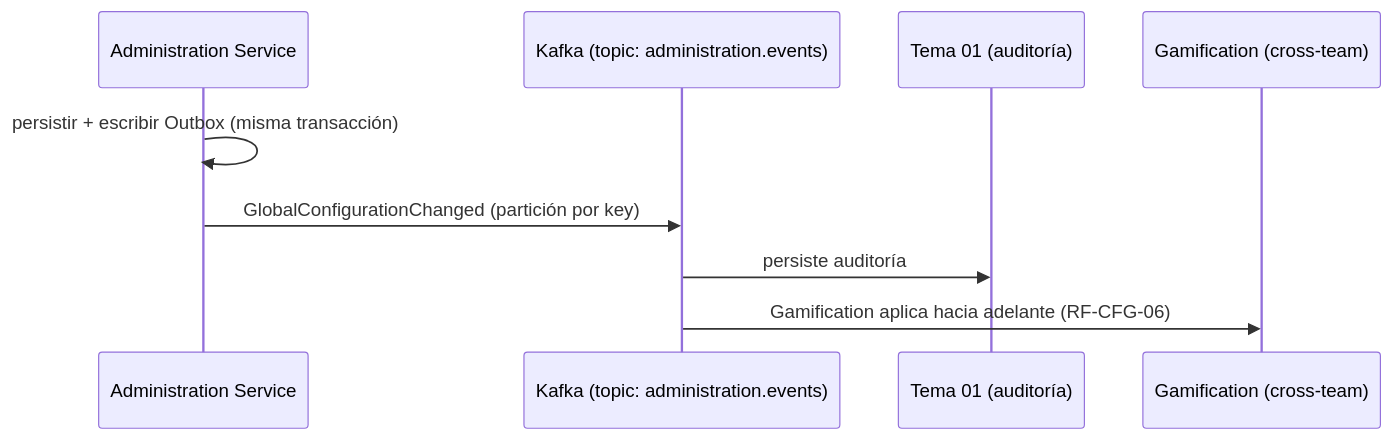
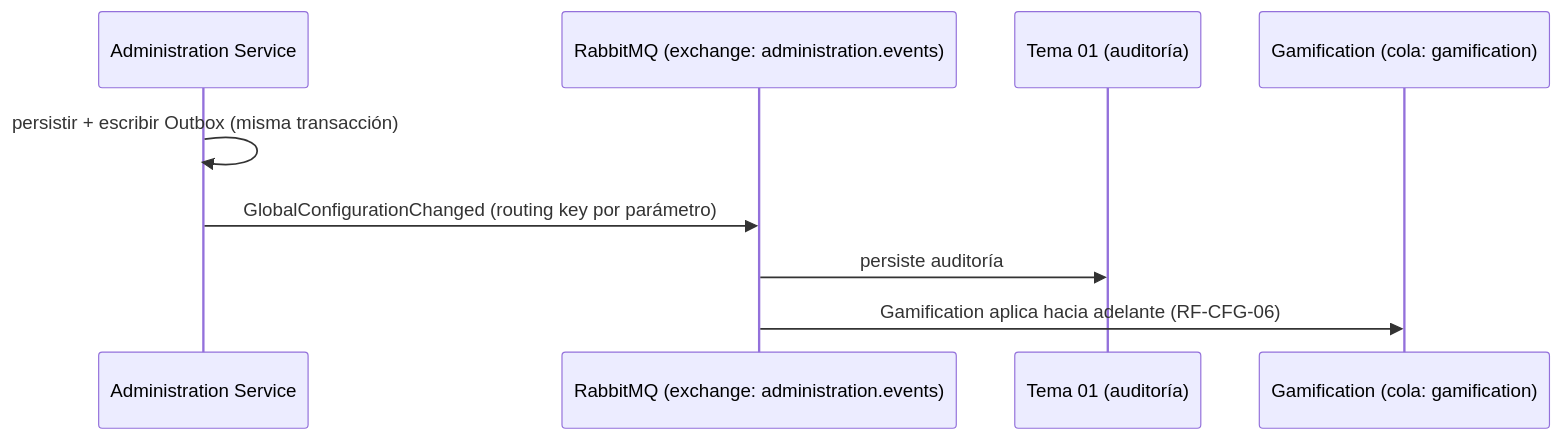
The third of 6 diagrams in docs/backend/arquitectura/comunicacion.md (2W2-114324-Carballo-Juarez-Mateo/backoffice-docs), drawn with Mermaid before and after one commit. The commit also changed other lines of this file and 18 other files, not shown here.

````diff
--- a/docs/backend/arquitectura/comunicacion.md
+++ b/docs/backend/arquitectura/comunicacion.md
@@ -54,12 +54,12 @@
 ```mermaid
 sequenceDiagram
     participant AD as Administration Service
-    participant K as Kafka (topic: administration.events)
+    participant K as RabbitMQ (exchange: administration.events)
     participant T01 as Tema 01 (auditoría)
-    participant GS as Gamification (cross-team)
+    participant GS as Gamification (cola: gamification)
 
     AD->>AD: persistir + escribir Outbox (misma transacción)
-    AD->>K: GlobalConfigurationChanged (partición por key)
+    AD->>K: GlobalConfigurationChanged (routing key por parámetro)
     K->>T01: persiste auditoría
     K->>GS: Gamification aplica hacia adelante (RF-CFG-06)
 ```
````
